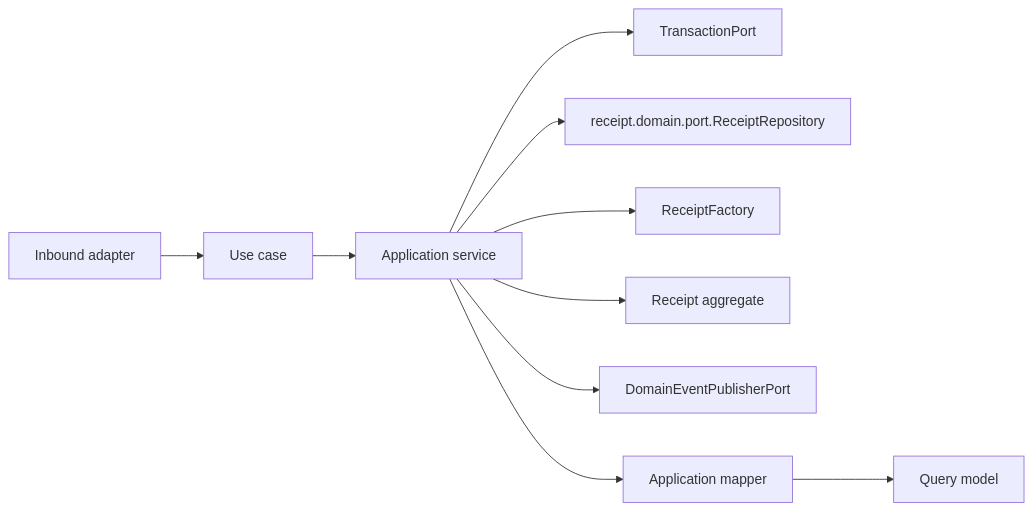
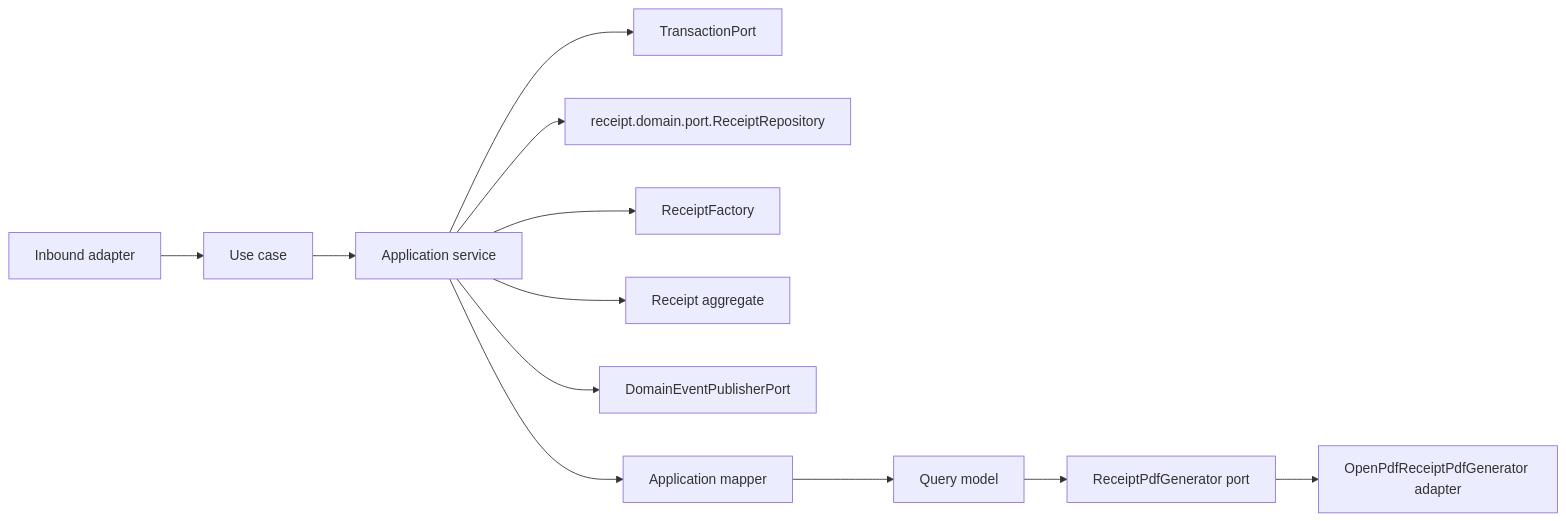
One commit to Sangameshwar12/BachatSetu changed the diagram in services/backend/docs/application/receipt-application.md. Above: the diagram before and after it, drawn with Mermaid. The commit also changed other lines of this file and 18 other files, not shown here.

````diff
--- a/services/backend/docs/application/receipt-application.md
+++ b/services/backend/docs/application/receipt-application.md
@@ -22,12 +23,14 @@
 ```mermaid
 flowchart LR
     A[Inbound adapter] --> U[Use case]
     U --> S[Application service]
     S --> T[TransactionPort]
     S --> R[receipt.domain.port.ReceiptRepository]
     S --> F[ReceiptFactory]
     S --> D[Receipt aggregate]
     S --> E[DomainEventPublisherPort]
     S --> M[Application mapper]
     M --> Q[Query model]
+    Q --> G[ReceiptPdfGenerator port]
+    G --> P[OpenPdfReceiptPdfGenerator adapter]
 ```
````
